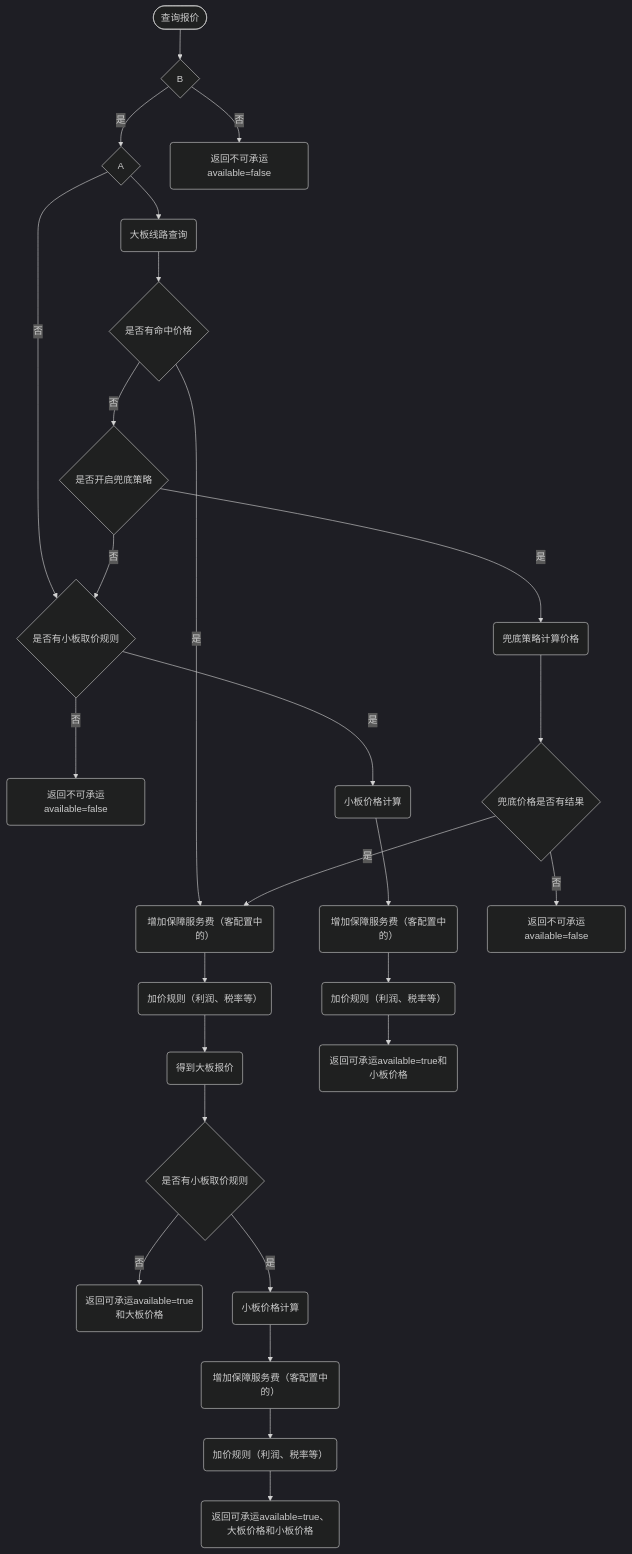
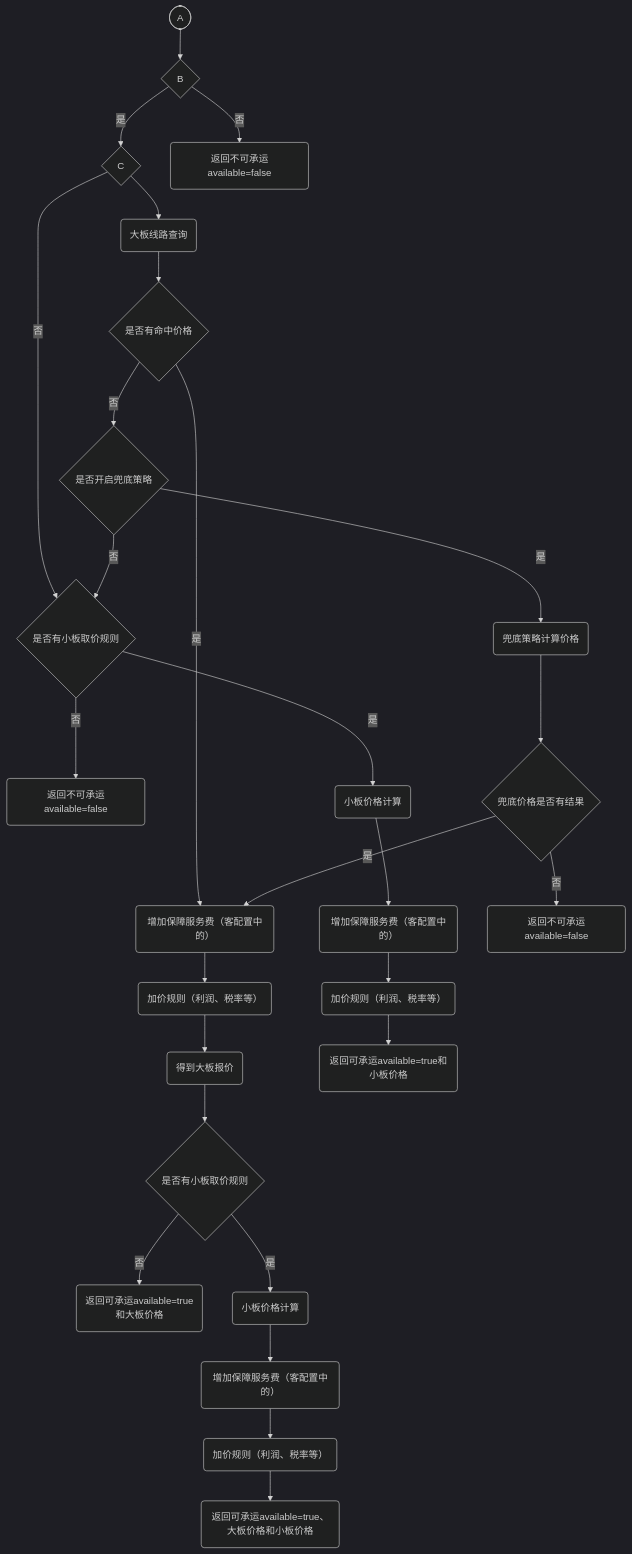
One commit to pingpm/mermaid_vault changed the diagram in mmd/1123_78c21d1c-1727-44e2-8470-e2226ecbfbc7.mmd. Above: the diagram before and after it, drawn with Mermaid (dark theme). The commit also changed 3 other files, not shown here.

Commit message:
Sync Mermaid Studio data (27 diagrams)

```diff
--- a/mmd/1123_78c21d1c-1727-44e2-8470-e2226ecbfbc7.mmd
+++ b/mmd/1123_78c21d1c-1727-44e2-8470-e2226ecbfbc7.mmd
@@ -1,52 +1,52 @@
 flowchart TD
-  n_0(["查询报价"])
-  n_1{"A"}
+  n_0(["A"])
+  n_1{"C"}
   n_2{"是否有小板取价规则"}
   n_3("大板线路查询")
   n_4{"是否有命中价格"}
   n_5("增加保障服务费（客配置中的）")
   n_6("加价规则（利润、税率等）")
   n_7("得到大板报价")
   n_8{"是否有小板取价规则"}
   n_9("返回不可承运available=false")
   n_10("增加保障服务费（客配置中的）")
   n_11("小板价格计算")
   n_12("加价规则（利润、税率等）")
   n_13("返回可承运available=true和小板价格")
   n_14("返回可承运available=true<br/>和大板价格")
   n_15("增加保障服务费（客配置中的）")
   n_16("小板价格计算")
   n_17("加价规则（利润、税率等）")
   n_18("返回可承运available=true、大板价格和小板价格")
   n_19("兜底策略计算价格")
   n_20{"是否开启兜底策略"}
   n_21("返回不可承运available=false")
   n_22{"B"}
   n_23{"兜底价格是否有结果"}
   n_24("返回不可承运available=false")
   n_1 -->|"否"| n_2
   n_1 --> n_3
   n_3 --> n_4
   n_4 -->|"是"| n_5
   n_5 --> n_6
   n_6 --> n_7
   n_7 --> n_8
   n_2 -->|"否"| n_9
   n_2 -->|"是"| n_11
   n_11 --> n_10
   n_10 --> n_12
   n_12 --> n_13
   n_16 --> n_15
   n_15 --> n_17
   n_17 --> n_18
   n_8 -->|"否"| n_14
   n_8 -->|"是"| n_16
   n_4 -->|"否"| n_20
   n_20 -->|"是"| n_19
   n_20 -->|"否"| n_2
   n_0 --> n_22
   n_22 -->|"否"| n_21
   n_22 -->|"是"| n_1
   n_23 -->|"是"| n_5
   n_19 --> n_23
   n_23 -->|"否"| n_24
```
